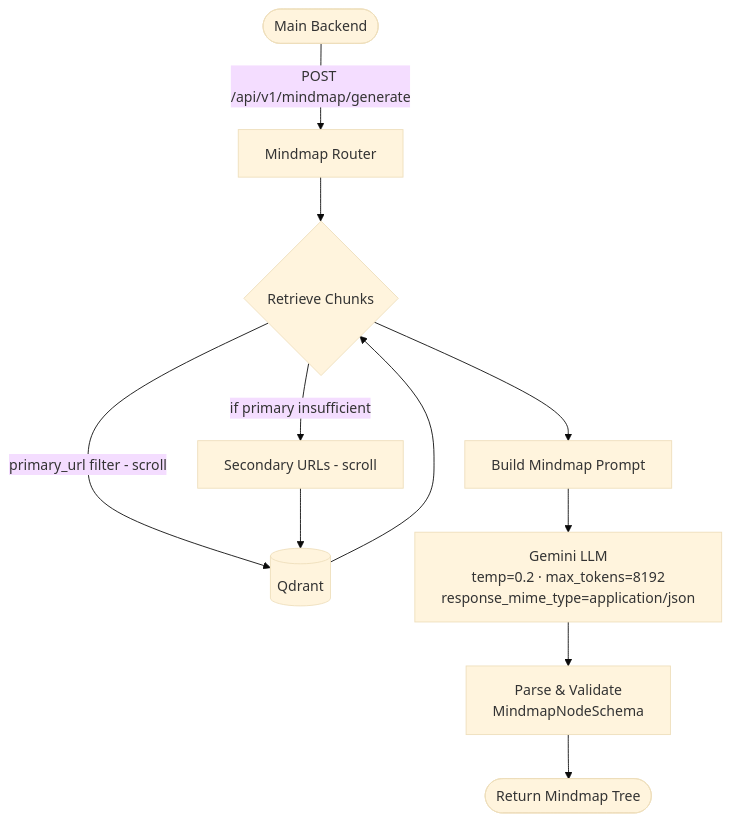
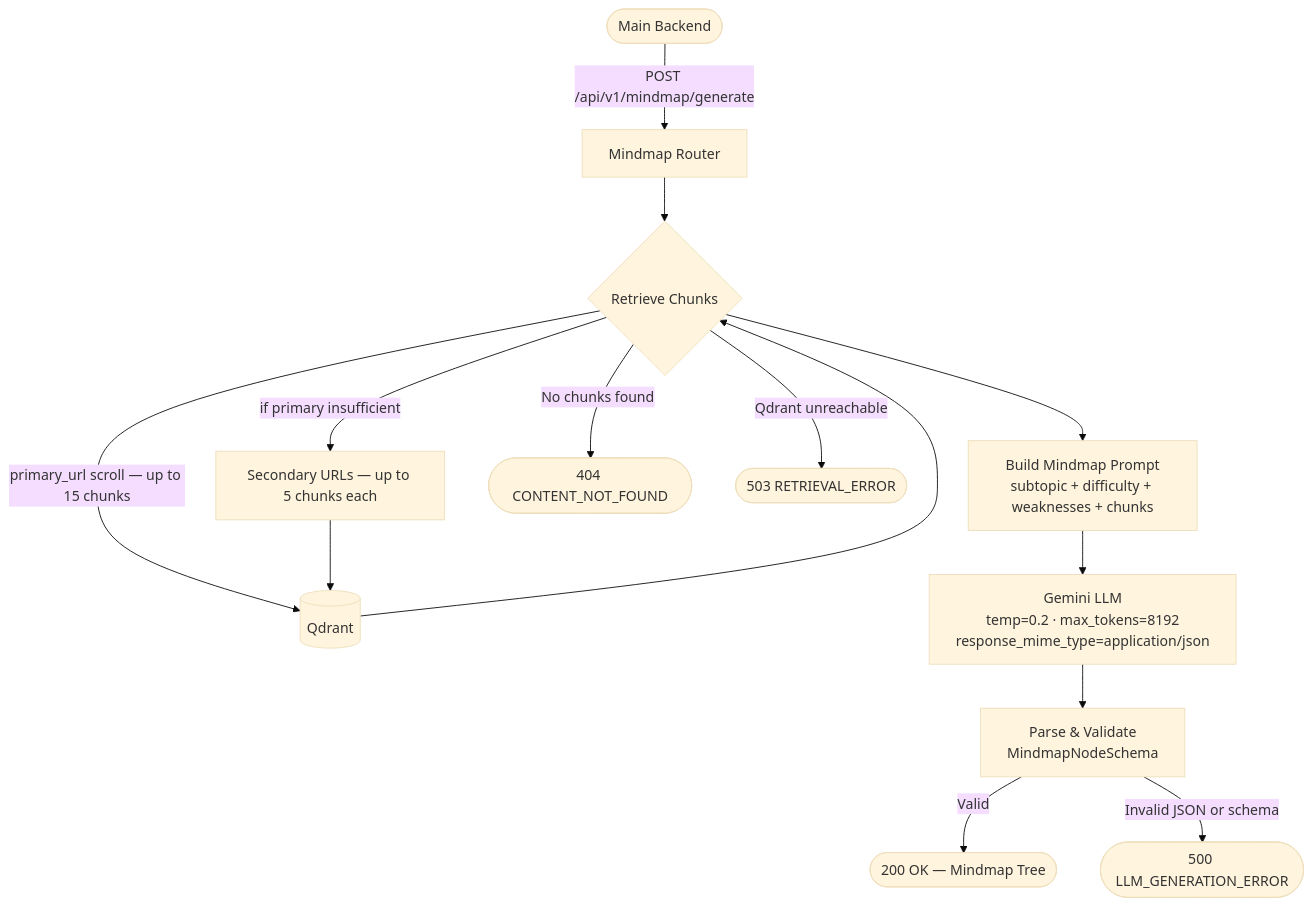
Before and after one commit to MohamedMagdy-203/learning-services: the third of 6 diagrams in README.md, drawn with Mermaid (base theme). The commit also changed other lines of this file, not shown here.

````diff
--- a/README.md
+++ b/README.md
@@ -129,15 +147,19 @@
 ```mermaid
 flowchart TD
     A([Main Backend]) -->|POST /api/v1/mindmap/generate| B[Mindmap Router]
 
     B --> C{Retrieve Chunks}
-    C -->|primary_url filter - scroll| D[(Qdrant)]
+    C -->|primary_url scroll — up to 15 chunks| D[(Qdrant)]
     D --> C
-    C -->|if primary insufficient| E[Secondary URLs - scroll]
+    C -->|if primary insufficient| E[Secondary URLs — up to 5 chunks each]
     E --> D
 
-    C --> F[Build Mindmap Prompt]
+    C --> F[Build Mindmap Prompt\nsubtopic + difficulty + weaknesses + chunks]
     F --> G[Gemini LLM\ntemp=0.2 · max_tokens=8192\nresponse_mime_type=application/json]
     G --> H[Parse & Validate\nMindmapNodeSchema]
-    H --> I([Return Mindmap Tree])
+
+    H -->|Valid| I([200 OK — Mindmap Tree])
+    H -->|Invalid JSON or schema| J([500 LLM_GENERATION_ERROR])
+    C -->|No chunks found| K([404 CONTENT_NOT_FOUND])
+    C -->|Qdrant unreachable| L([503 RETRIEVAL_ERROR])
 ```
````
